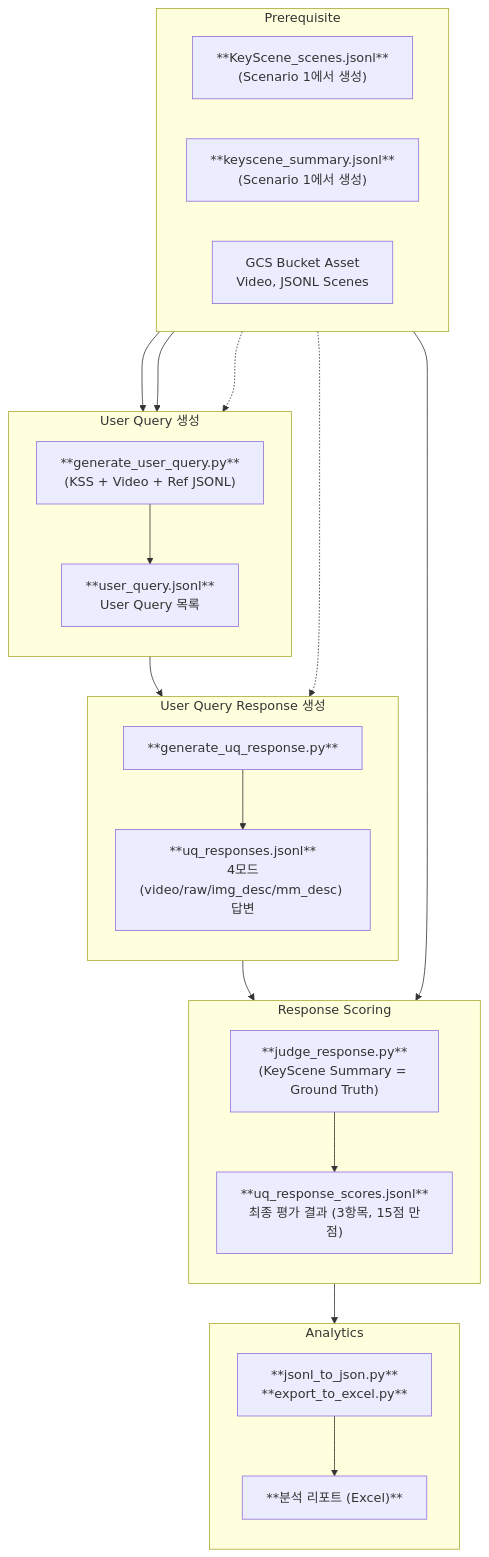
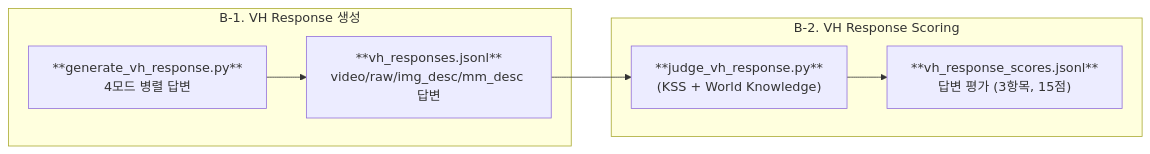
Before and after one commit to obeychoi0120/LLMJudge: the third of 4 diagrams in README.md, drawn with Mermaid. The commit also changed other lines of this file and 8 other files, not shown here.

````diff
--- a/README.md
+++ b/README.md
@@ -69,49 +69,16 @@
 ```mermaid
-flowchart TD
-    subgraph INPUT2["Prerequisite"]
-        direction LR
-        KP_IN["**KeyScene_scenes.jsonl**<br/>(Scenario 1에서 생성)"]
-        KSS_IN["**keyscene_summary.jsonl**<br/>(Scenario 1에서 생성)"]
-        GCS2["GCS Bucket Asset<br/>Video, JSONL Scenes"]
+flowchart LR
+    subgraph STEPB1["B-1. VH Response 생성"]
+        R_SCRIPT["**generate_vh_response.py**<br/>4모드 병렬 답변"]
+        R_ANS["**vh_responses.jsonl**<br/>video/raw/img_desc/mm_desc 답변"]
     end
 
-    subgraph STEPB1["User Query 생성"]
-        direction TB
-        UQ_SCRIPT["**generate_user_query.py**<br/>(KSS + Video + Ref JSONL)"]
-        UQ_OUT["**user_query.jsonl**<br/>User Query 목록"]
+    subgraph STEPB2["B-2. VH Response Scoring"]
+        RJ_SCRIPT["**judge_vh_response.py**<br/>(KSS + World Knowledge)"]
+        RJ_OUT["**vh_response_scores.jsonl**<br/>답변 평가 (3항목, 15점)"]
     end
 
-    subgraph STEPB2["User Query Response 생성"]
-        direction TB
-        R_SCRIPT["**generate_uq_response.py**"]
-        R_ANS["**uq_responses.jsonl**<br/>4모드(video/raw/img_desc/mm_desc) 답변"]
-    end
-
-    subgraph STEPB3["Response Scoring"]
-        direction TB
-        RJ_SCRIPT["**judge_response.py**<br/>(KeyScene Summary = Ground Truth)"]
-        RJ_OUT["**uq_response_scores.jsonl**<br/>최종 평가 결과 (3항목, 15점 만점)"]
-    end
-
-    subgraph STEPB4["Analytics"]
-        direction TB
-        A_SCRIPT["**jsonl_to_json.py**<br/>**export_to_excel.py**"]
-        A_OUT["**분석 리포트 (Excel)**"]
-    end
-
-    KP_IN --> UQ_SCRIPT
-    KSS_IN --> UQ_SCRIPT
-    GCS2 -..-> UQ_SCRIPT
-    UQ_SCRIPT --> UQ_OUT
-
-    UQ_OUT --> R_SCRIPT
-    GCS2 -..-> R_SCRIPT
     R_SCRIPT --> R_ANS
-
     R_ANS --> RJ_SCRIPT
-    KSS_IN --> RJ_SCRIPT
     RJ_SCRIPT --> RJ_OUT
-
-    RJ_OUT --> A_SCRIPT
-    A_SCRIPT --> A_OUT
 ```
````
